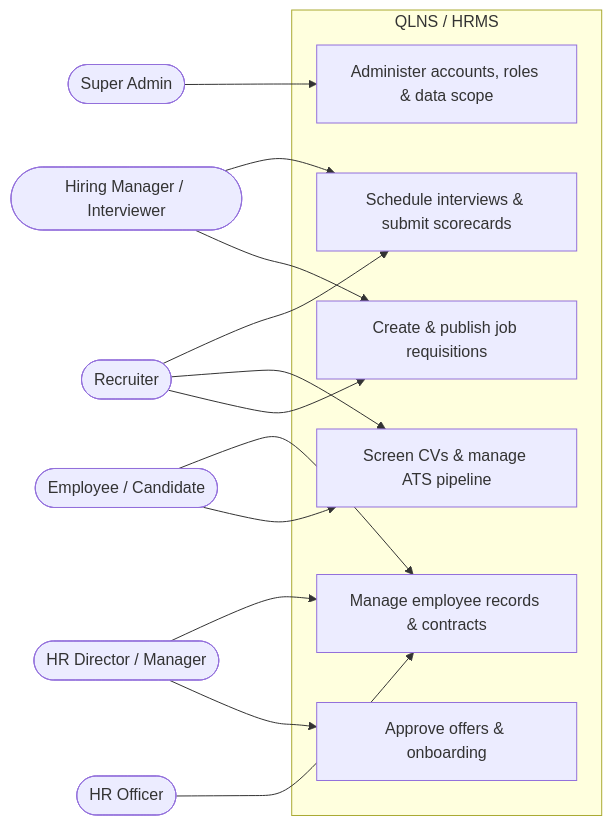
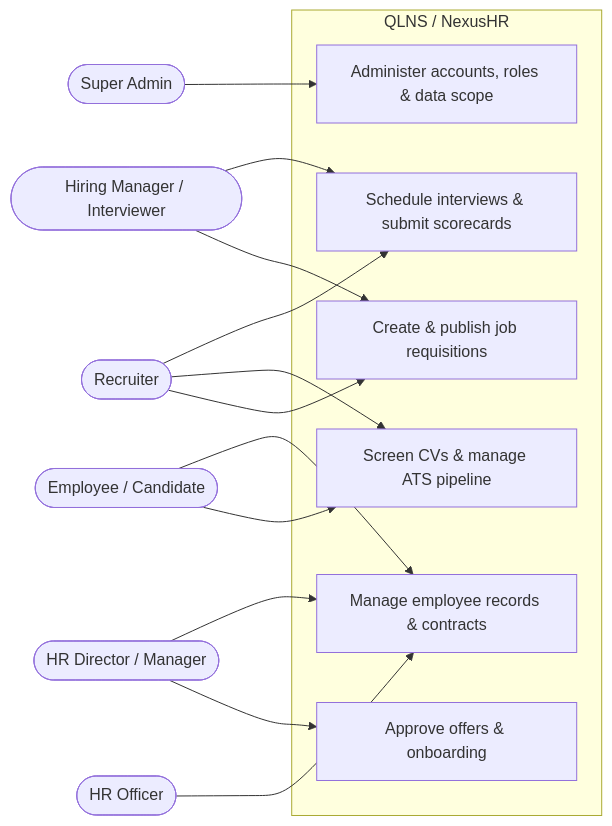
The second of 8 diagrams in README.md (nvdat16/QLNS), drawn with Mermaid before and after one commit. The commit also changed other lines of this file and 25 other files, not shown here.

````diff
--- a/README.md
+++ b/README.md
@@ -196,31 +196,31 @@
 ```mermaid
 flowchart LR
     HRMgr([HR Director / Manager])
     Recruiter([Recruiter])
     Interviewer([Hiring Manager / Interviewer])
     HROfficer([HR Officer])
     User([Employee / Candidate])
     Admin([Super Admin])
 
-    subgraph HRMS["QLNS / HRMS"]
+    subgraph HRMS["QLNS / NexusHR"]
         Accounts[Administer accounts, roles & data scope]
         Jobs[Create & publish job requisitions]
         ATS[Screen CVs & manage ATS pipeline]
         Interviews[Schedule interviews & submit scorecards]
         Offers[Approve offers & onboarding]
         Records[Manage employee records & contracts]
     end
 
     Admin --> Accounts
 
     Recruiter --> Jobs
     Recruiter --> ATS
     Recruiter --> Interviews
     Interviewer --> Jobs
     Interviewer --> Interviews
     HRMgr --> Offers
     HRMgr --> Records
     HROfficer --> Records
     User --> ATS
     User --> Records
 ```
````
